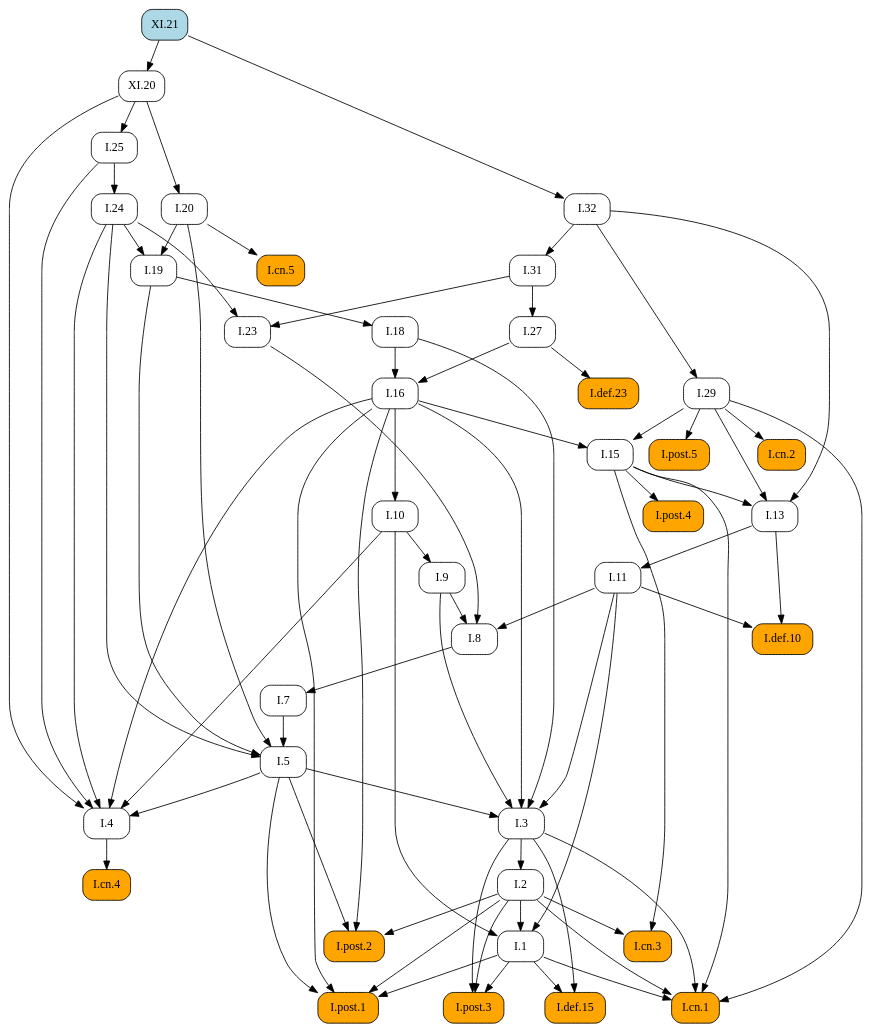
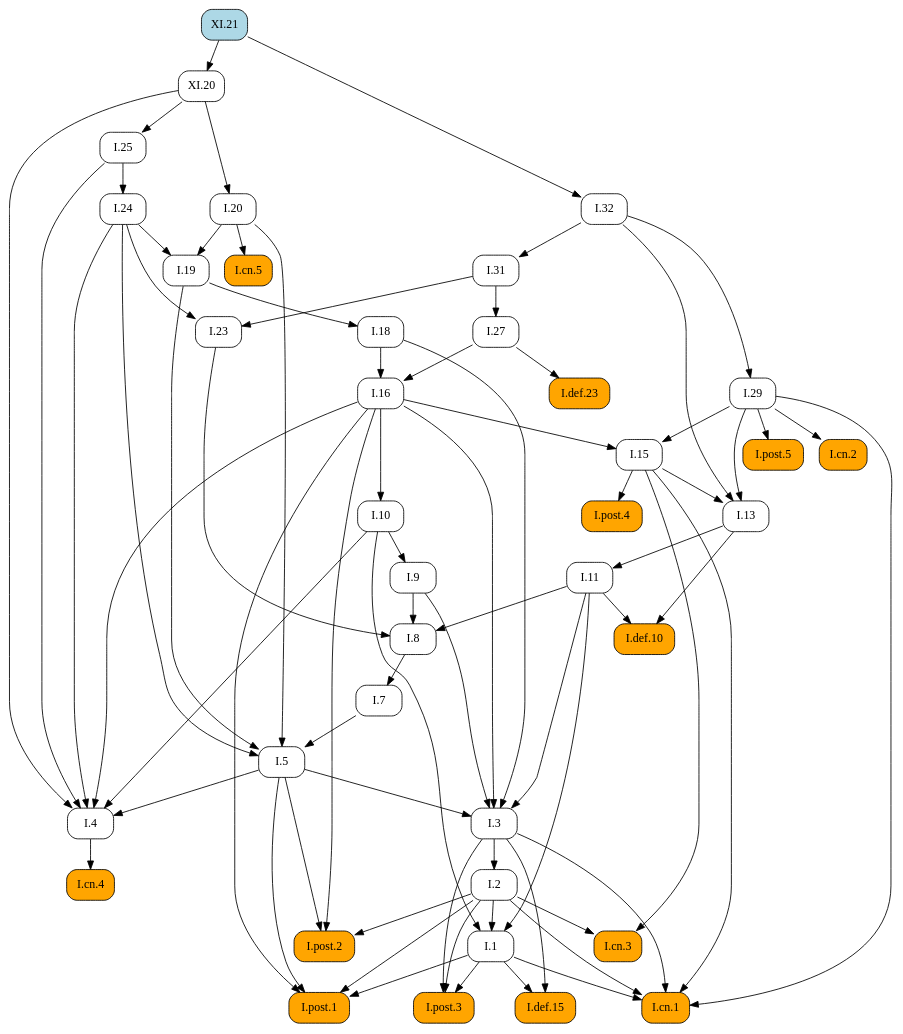
The diagram in docsrc/heath/XI/21/index.rst (geometor/elements), drawn with Graphviz before and after one commit. The commit also changed other lines of this file and 1029 other files, not shown here.

```diff
--- a/docsrc/heath/XI/21/index.rst
+++ b/docsrc/heath/XI/21/index.rst
@@ -38,115 +38,115 @@
    digraph {
      rankdir="TB";
      node [shape=box, style=rounded];
+     "I.def.10" [style="rounded,filled", fillcolor=orange, URL="/heath/I/def.10/", target="_top"];
+     "I.11" [URL="/heath/I/11/", target="_top"];
+     "I.cn.5" [style="rounded,filled", fillcolor=orange, URL="/heath/I/cn.5/", target="_top"];
+     "I.1" [URL="/heath/I/1/", target="_top"];
+     "I.post.4" [style="rounded,filled", fillcolor=orange, URL="/heath/I/post.4/", target="_top"];
      "XI.20" [URL="/heath/XI/20/", target="_top"];
+     "I.29" [URL="/heath/I/29/", target="_top"];
+     "I.cn.2" [style="rounded,filled", fillcolor=orange, URL="/heath/I/cn.2/", target="_top"];
+     "I.18" [URL="/heath/I/18/", target="_top"];
+     "I.def.15" [style="rounded,filled", fillcolor=orange, URL="/heath/I/def.15/", target="_top"];
+     "I.post.3" [style="rounded,filled", fillcolor=orange, URL="/heath/I/post.3/", target="_top"];
+     "I.cn.1" [style="rounded,filled", fillcolor=orange, URL="/heath/I/cn.1/", target="_top"];
      "I.cn.3" [style="rounded,filled", fillcolor=orange, URL="/heath/I/cn.3/", target="_top"];
-     "I.29" [URL="/heath/I/29/", target="_top"];
+     "I.25" [URL="/heath/I/25/", target="_top"];
+     "I.23" [URL="/heath/I/23/", target="_top"];
+     "I.post.1" [style="rounded,filled", fillcolor=orange, URL="/heath/I/post.1/", target="_top"];
+     "I.27" [URL="/heath/I/27/", target="_top"];
      "I.7" [URL="/heath/I/7/", target="_top"];
-     "I.27" [URL="/heath/I/27/", target="_top"];
+     "I.20" [URL="/heath/I/20/", target="_top"];
+     "I.24" [URL="/heath/I/24/", target="_top"];
+     "I.3" [URL="/heath/I/3/", target="_top"];
+     "I.2" [URL="/heath/I/2/", target="_top"];
+     "I.4" [URL="/heath/I/4/", target="_top"];
      "I.def.23" [style="rounded,filled", fillcolor=orange, URL="/heath/I/def.23/", target="_top"];
-     "I.8" [URL="/heath/I/8/", target="_top"];
-     "I.9" [URL="/heath/I/9/", target="_top"];
-     "I.25" [URL="/heath/I/25/", target="_top"];
-     "I.post.4" [style="rounded,filled", fillcolor=orange, URL="/heath/I/post.4/", target="_top"];
-     "I.2" [URL="/heath/I/2/", target="_top"];
-     "I.def.15" [style="rounded,filled", fillcolor=orange, URL="/heath/I/def.15/", target="_top"];
-     "I.1" [URL="/heath/I/1/", target="_top"];
-     "I.post.1" [style="rounded,filled", fillcolor=orange, URL="/heath/I/post.1/", target="_top"];
-     "I.20" [URL="/heath/I/20/", target="_top"];
-     "I.cn.4" [style="rounded,filled", fillcolor=orange, URL="/heath/I/cn.4/", target="_top"];
-     "I.19" [URL="/heath/I/19/", target="_top"];
-     "I.23" [URL="/heath/I/23/", target="_top"];
      "I.13" [URL="/heath/I/13/", target="_top"];
-     "I.cn.2" [style="rounded,filled", fillcolor=orange, URL="/heath/I/cn.2/", target="_top"];
-     "I.5" [URL="/heath/I/5/", target="_top"];
-     "I.11" [URL="/heath/I/11/", target="_top"];
-     "I.10" [URL="/heath/I/10/", target="_top"];
-     "I.4" [URL="/heath/I/4/", target="_top"];
-     "I.3" [URL="/heath/I/3/", target="_top"];
-     "I.16" [URL="/heath/I/16/", target="_top"];
      "XI.21" [style="rounded,filled", fillcolor=lightblue, URL="/heath/XI/21/", target="_top"];
      "I.31" [URL="/heath/I/31/", target="_top"];
-     "I.def.10" [style="rounded,filled", fillcolor=orange, URL="/heath/I/def.10/", target="_top"];
      "I.post.2" [style="rounded,filled", fillcolor=orange, URL="/heath/I/post.2/", target="_top"];
-     "I.post.3" [style="rounded,filled", fillcolor=orange, URL="/heath/I/post.3/", target="_top"];
+     "I.16" [URL="/heath/I/16/", target="_top"];
+     "I.19" [URL="/heath/I/19/", target="_top"];
+     "I.9" [URL="/heath/I/9/", target="_top"];
+     "I.32" [URL="/heath/I/32/", target="_top"];
+     "I.8" [URL="/heath/I/8/", target="_top"];
+     "I.cn.4" [style="rounded,filled", fillcolor=orange, URL="/heath/I/cn.4/", target="_top"];
+     "I.15" [URL="/heath/I/15/", target="_top"];
      "I.post.5" [style="rounded,filled", fillcolor=orange, URL="/heath/I/post.5/", target="_top"];
-     "I.cn.5" [style="rounded,filled", fillcolor=orange, URL="/heath/I/cn.5/", target="_top"];
-     "I.24" [URL="/heath/I/24/", target="_top"];
-     "I.15" [URL="/heath/I/15/", target="_top"];
-     "I.cn.1" [style="rounded,filled", fillcolor=orange, URL="/heath/I/cn.1/", target="_top"];
-     "I.32" [URL="/heath/I/32/", target="_top"];
-     "I.18" [URL="/heath/I/18/", target="_top"];
-     "XI.21" -> "XI.20";
-     "I.2" -> "I.cn.3";
-     "I.15" -> "I.cn.3";
-     "I.32" -> "I.29";
-     "I.8" -> "I.7";
-     "I.31" -> "I.27";
-     "I.27" -> "I.def.23";
-     "I.9" -> "I.8";
-     "I.11" -> "I.8";
-     "I.23" -> "I.8";
-     "I.10" -> "I.9";
-     "XI.20" -> "I.25";
-     "I.15" -> "I.post.4";
-     "I.3" -> "I.2";
-     "I.1" -> "I.def.15";
-     "I.3" -> "I.def.15";
+     "I.10" [URL="/heath/I/10/", target="_top"];
+     "I.5" [URL="/heath/I/5/", target="_top"];
+     "I.11" -> "I.def.10";
+     "I.13" -> "I.def.10";
+     "I.13" -> "I.11";
+     "I.20" -> "I.cn.5";
      "I.2" -> "I.1";
      "I.10" -> "I.1";
      "I.11" -> "I.1";
+     "I.15" -> "I.post.4";
+     "XI.21" -> "XI.20";
+     "I.32" -> "I.29";
+     "I.29" -> "I.cn.2";
+     "I.19" -> "I.18";
+     "I.1" -> "I.def.15";
+     "I.3" -> "I.def.15";
+     "I.1" -> "I.post.3";
+     "I.2" -> "I.post.3";
+     "I.3" -> "I.post.3";
+     "I.1" -> "I.cn.1";
+     "I.2" -> "I.cn.1";
+     "I.3" -> "I.cn.1";
+     "I.15" -> "I.cn.1";
+     "I.29" -> "I.cn.1";
+     "I.2" -> "I.cn.3";
+     "I.15" -> "I.cn.3";
+     "XI.20" -> "I.25";
+     "I.24" -> "I.23";
+     "I.31" -> "I.23";
      "I.1" -> "I.post.1";
      "I.2" -> "I.post.1";
      "I.5" -> "I.post.1";
      "I.16" -> "I.post.1";
+     "I.31" -> "I.27";
+     "I.8" -> "I.7";
      "XI.20" -> "I.20";
-     "I.4" -> "I.cn.4";
-     "I.20" -> "I.19";
-     "I.24" -> "I.19";
-     "I.24" -> "I.23";
-     "I.31" -> "I.23";
-     "I.15" -> "I.13";
-     "I.29" -> "I.13";
-     "I.32" -> "I.13";
-     "I.29" -> "I.cn.2";
-     "I.7" -> "I.5";
-     "I.19" -> "I.5";
-     "I.20" -> "I.5";
-     "I.24" -> "I.5";
-     "I.13" -> "I.11";
-     "I.16" -> "I.10";
+     "I.25" -> "I.24";
+     "I.5" -> "I.3";
+     "I.9" -> "I.3";
+     "I.11" -> "I.3";
+     "I.16" -> "I.3";
+     "I.18" -> "I.3";
+     "I.3" -> "I.2";
      "I.5" -> "I.4";
      "I.10" -> "I.4";
      "I.16" -> "I.4";
      "I.24" -> "I.4";
      "I.25" -> "I.4";
      "XI.20" -> "I.4";
-     "I.5" -> "I.3";
-     "I.9" -> "I.3";
-     "I.11" -> "I.3";
-     "I.16" -> "I.3";
-     "I.18" -> "I.3";
-     "I.18" -> "I.16";
-     "I.27" -> "I.16";
+     "I.27" -> "I.def.23";
+     "I.15" -> "I.13";
+     "I.29" -> "I.13";
+     "I.32" -> "I.13";
      "I.32" -> "I.31";
-     "I.11" -> "I.def.10";
-     "I.13" -> "I.def.10";
      "I.2" -> "I.post.2";
      "I.5" -> "I.post.2";
      "I.16" -> "I.post.2";
-     "I.1" -> "I.post.3";
-     "I.2" -> "I.post.3";
-     "I.3" -> "I.post.3";
-     "I.29" -> "I.post.5";
-     "I.20" -> "I.cn.5";
-     "I.25" -> "I.24";
+     "I.18" -> "I.16";
+     "I.27" -> "I.16";
+     "I.20" -> "I.19";
+     "I.24" -> "I.19";
+     "I.10" -> "I.9";
+     "XI.21" -> "I.32";
+     "I.9" -> "I.8";
+     "I.11" -> "I.8";
+     "I.23" -> "I.8";
+     "I.4" -> "I.cn.4";
      "I.16" -> "I.15";
      "I.29" -> "I.15";
-     "I.1" -> "I.cn.1";
-     "I.2" -> "I.cn.1";
-     "I.3" -> "I.cn.1";
-     "I.15" -> "I.cn.1";
-     "I.29" -> "I.cn.1";
-     "XI.21" -> "I.32";
-     "I.19" -> "I.18";
+     "I.29" -> "I.post.5";
+     "I.16" -> "I.10";
+     "I.7" -> "I.5";
+     "I.19" -> "I.5";
+     "I.20" -> "I.5";
+     "I.24" -> "I.5";
    }
```
